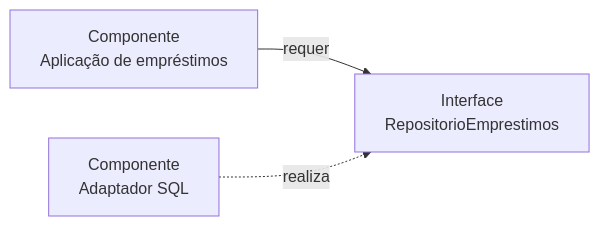
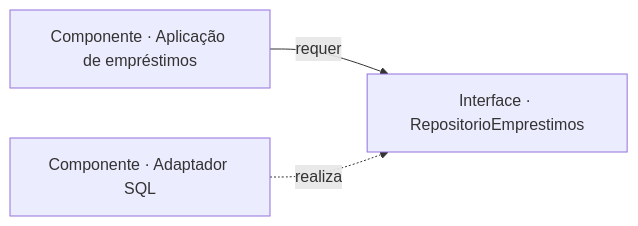
One commit to PHnsilva/base-de-projetos changed the sixth of 6 diagrams in diagramas/exemplos-complementares.md. Above: the diagram before and after it, drawn with Mermaid. The commit also changed other lines of this file and 13 other files, not shown here.

````diff
--- a/diagramas/exemplos-complementares.md
+++ b/diagramas/exemplos-complementares.md
@@ -107,5 +107,5 @@
 ```mermaid
 flowchart LR
-    U["Componente<br/>Aplicação de empréstimos"] -->|"requer"| P["Interface<br/>RepositorioEmprestimos"]
-    A["Componente<br/>Adaptador SQL"] -.->|"realiza"| P
+    U["Componente · Aplicação de empréstimos"] -->|"requer"| P["Interface · RepositorioEmprestimos"]
+    A["Componente · Adaptador SQL"] -.->|"realiza"| P
 ```
````
